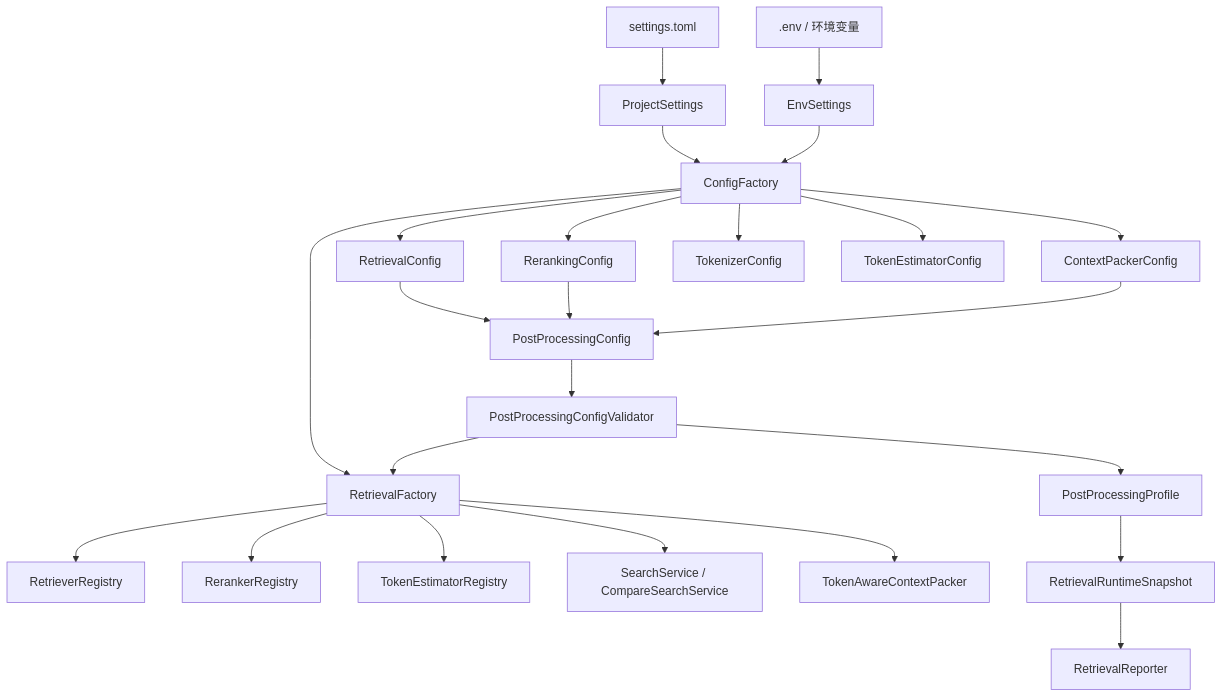
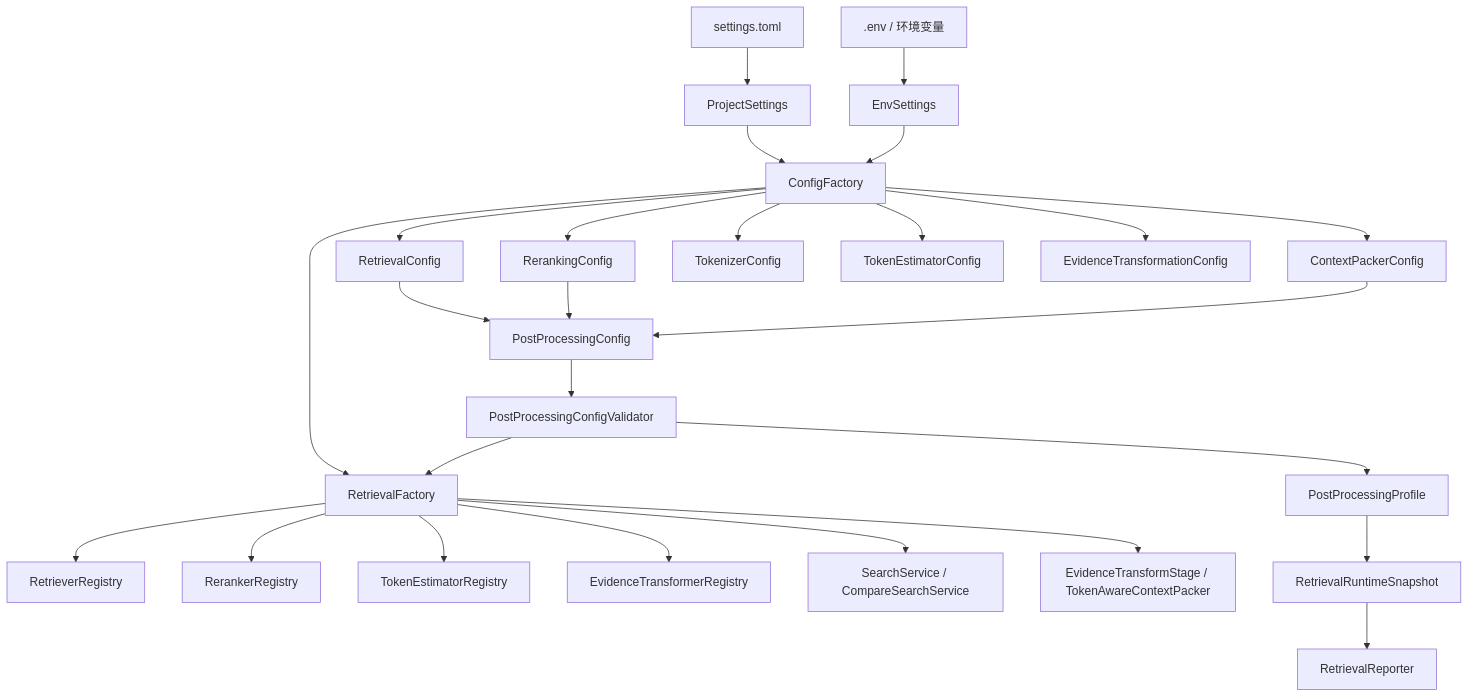
One commit to lWaterLite/paper-rag-assistant changed the first of 3 diagrams in documents/process/Retrieval模块处理流程说明.md. Above: the diagram before and after it, drawn with Mermaid. The commit also changed other lines of this file and 2 other files, not shown here.

````diff
--- a/documents/process/Retrieval模块处理流程说明.md
+++ b/documents/process/Retrieval模块处理流程说明.md
@@ -60,28 +63,30 @@
 ```mermaid
 flowchart TD
     A[settings.toml] --> B[ProjectSettings]
     C[.env / 环境变量] --> D[EnvSettings]
     B --> E[ConfigFactory]
     D --> E
 
     E --> F[RetrievalConfig]
     E --> G[RerankingConfig]
     E --> H[ContextPackerConfig]
     E --> I[TokenizerConfig]
     E --> J[TokenEstimatorConfig]
+    E --> J2[EvidenceTransformationConfig]
     F --> K[PostProcessingConfig]
     G --> K
     H --> K
 
     K --> L[PostProcessingConfigValidator]
     L --> M[PostProcessingProfile]
     E --> N[RetrievalFactory]
     L --> N
     N --> O[RetrieverRegistry]
     N --> P[RerankerRegistry]
     N --> Q[TokenEstimatorRegistry]
+    N --> Q2[EvidenceTransformerRegistry]
     N --> R[SearchService / CompareSearchService]
-    N --> S[TokenAwareContextPacker]
+    N --> S[EvidenceTransformStage / TokenAwareContextPacker]
     M --> T[RetrievalRuntimeSnapshot]
     T --> U[RetrievalReporter]
 ```
````
